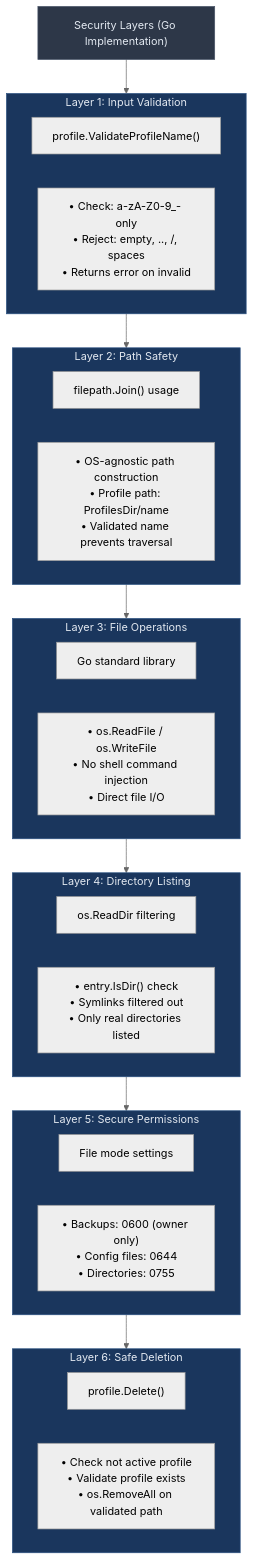
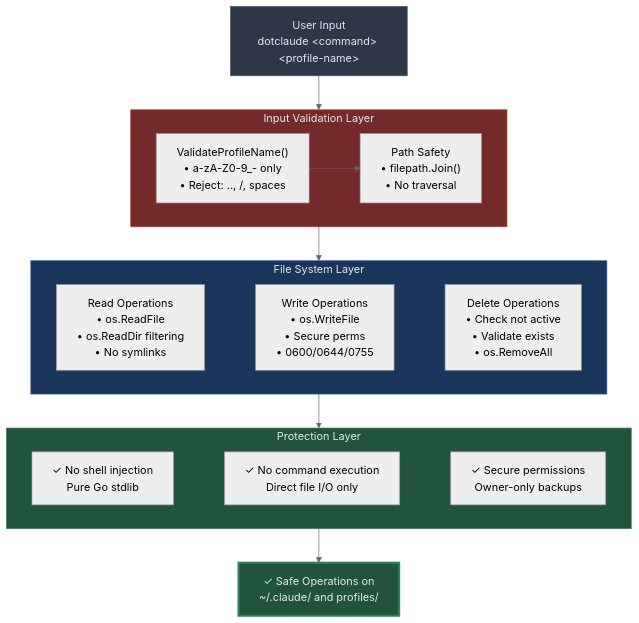
Before and after one commit to blackwell-systems/dotclaude: the fourth of 5 diagrams in docs/ARCHITECTURE.md, drawn with Mermaid (neutral theme). The commit also changed other lines of this file, not shown here.

First line of the commit message:
docs: Improve architecture diagram layouts

````diff
--- a/docs/ARCHITECTURE.md
+++ b/docs/ARCHITECTURE.md
@@ -172,44 +201,42 @@
 ```mermaid
-graph TB
-    title["Security Layers (Go Implementation)"]
+flowchart TB
+    user["User Input<br/>dotclaude &lt;command&gt; &lt;profile-name&gt;"]
 
-    subgraph layer1["Layer 1: Input Validation"]
-        l1_func["profile.ValidateProfileName()"]
-        l1_rules["• Check: a-zA-Z0-9_- only<br/>• Reject: empty, .., /, spaces<br/>• Returns error on invalid"]
+    subgraph input_layer["Input Validation Layer"]
+        direction LR
+        validate["ValidateProfileName()<br/>• a-zA-Z0-9_- only<br/>• Reject: .., /, spaces"]
+        sanitize["Path Safety<br/>• filepath.Join()<br/>• No traversal"]
+
+        validate --> sanitize
     end
 
-    subgraph layer2["Layer 2: Path Safety"]
-        l2_func["filepath.Join() usage"]
-        l2_rules["• OS-agnostic path construction<br/>• Profile path: ProfilesDir/name<br/>• Validated name prevents traversal"]
+    subgraph file_layer["File System Layer"]
+        direction LR
+        read["Read Operations<br/>• os.ReadFile<br/>• os.ReadDir filtering<br/>• No symlinks"]
+        write["Write Operations<br/>• os.WriteFile<br/>• Secure perms<br/>• 0600/0644/0755"]
+        delete["Delete Operations<br/>• Check not active<br/>• Validate exists<br/>• os.RemoveAll"]
+
+        read ~~~ write ~~~ delete
     end
 
-    subgraph layer3["Layer 3: File Operations"]
-        l3_func["Go standard library"]
-        l3_rules["• os.ReadFile / os.WriteFile<br/>• No shell command injection<br/>• Direct file I/O"]
+    subgraph protection["Protection Layer"]
+        no_shell["✓ No shell injection<br/>Pure Go stdlib"]
+        no_exec["✓ No command execution<br/>Direct file I/O only"]
+        perms["✓ Secure permissions<br/>Owner-only backups"]
+
+        no_shell ~~~ no_exec ~~~ perms
     end
 
-    subgraph layer4["Layer 4: Directory Listing"]
-        l4_func["os.ReadDir filtering"]
-        l4_rules["• entry.IsDir() check<br/>• Symlinks filtered out<br/>• Only real directories listed"]
-    end
+    safe["✓ Safe Operations on<br/>~/.claude/ and profiles/"]
 
-    subgraph layer5["Layer 5: Secure Permissions"]
-        l5_func["File mode settings"]
-        l5_rules["• Backups: 0600 (owner only)<br/>• Config files: 0644<br/>• Directories: 0755"]
-    end
+    user --> input_layer
+    input_layer --> file_layer
+    file_layer --> protection
+    protection --> safe
 
-    subgraph layer6["Layer 6: Safe Deletion"]
-        l6_func["profile.Delete()"]
-        l6_rules["• Check not active profile<br/>• Validate profile exists<br/>• os.RemoveAll on validated path"]
-    end
-
-    title --> layer1 --> layer2 --> layer3 --> layer4 --> layer5 --> layer6
-
-    style title fill:#2d3748,stroke:#4a5568,color:#e2e8f0
-    style layer1 fill:#1a365d,stroke:#2c5282,color:#e2e8f0
-    style layer2 fill:#1a365d,stroke:#2c5282,color:#e2e8f0
-    style layer3 fill:#1a365d,stroke:#2c5282,color:#e2e8f0
-    style layer4 fill:#1a365d,stroke:#2c5282,color:#e2e8f0
-    style layer5 fill:#1a365d,stroke:#2c5282,color:#e2e8f0
-    style layer6 fill:#1a365d,stroke:#2c5282,color:#e2e8f0
+    style user fill:#2d3748,stroke:#4a5568,color:#e2e8f0
+    style input_layer fill:#742a2a,stroke:#c53030,color:#e2e8f0
+    style file_layer fill:#1a365d,stroke:#2c5282,color:#e2e8f0
+    style protection fill:#22543d,stroke:#2f855a,color:#e2e8f0
+    style safe fill:#22543d,stroke:#2f855a,color:#e2e8f0,stroke-width:3px
 ```
````
